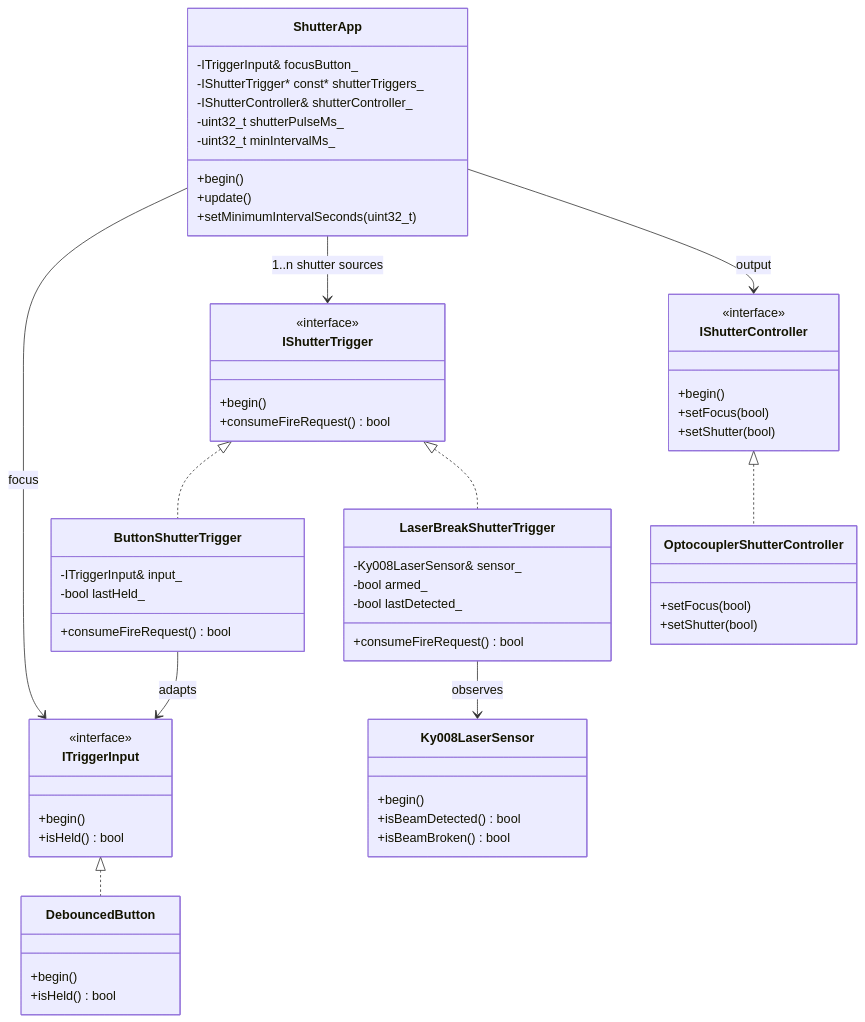
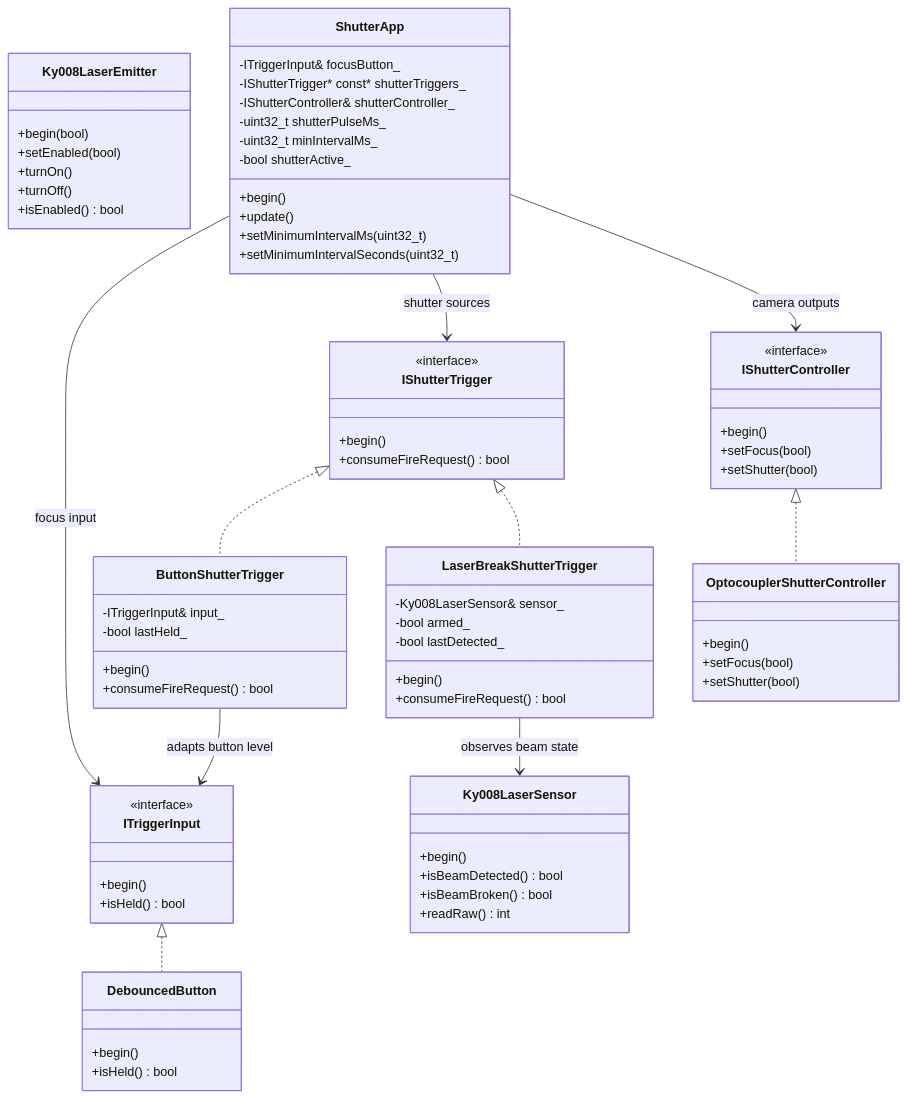
One commit to mvendert/ESP32Shutter changed the second of 2 diagrams in ESP32Shutter/Shutter.md. Above: the diagram before and after it, drawn with Mermaid. The commit also changed other lines of this file and 2 other files, not shown here.

````diff
--- a/ESP32Shutter/Shutter.md
+++ b/ESP32Shutter/Shutter.md
@@ -158,11 +578,21 @@
         +begin()
         +isBeamDetected() bool
         +isBeamBroken() bool
+        +readRaw() int
+    }
+
+    class Ky008LaserEmitter {
+        +begin(bool)
+        +setEnabled(bool)
+        +turnOn()
+        +turnOff()
+        +isEnabled() bool
     }
 
     class ButtonShutterTrigger {
         -ITriggerInput& input_
         -bool lastHeld_
+        +begin()
         +consumeFireRequest() bool
     }
 
@@ -170,10 +600,12 @@
         -Ky008LaserSensor& sensor_
         -bool armed_
         -bool lastDetected_
+        +begin()
         +consumeFireRequest() bool
     }
 
     class OptocouplerShutterController {
+        +begin()
         +setFocus(bool)
         +setShutter(bool)
     }
@@ -184,8 +616,10 @@
         -IShutterController& shutterController_
         -uint32_t shutterPulseMs_
         -uint32_t minIntervalMs_
+        -bool shutterActive_
         +begin()
         +update()
+        +setMinimumIntervalMs(uint32_t)
         +setMinimumIntervalSeconds(uint32_t)
     }
 
@@ -194,9 +628,9 @@
     IShutterTrigger <|.. LaserBreakShutterTrigger
     IShutterController <|.. OptocouplerShutterController
 
-    ButtonShutterTrigger --> ITriggerInput : adapts
-    LaserBreakShutterTrigger --> Ky008LaserSensor : observes
-    ShutterApp --> ITriggerInput : focus
-    ShutterApp --> IShutterTrigger : 1..n shutter sources
-    ShutterApp --> IShutterController : output
+    ButtonShutterTrigger --> ITriggerInput : adapts button level
+    LaserBreakShutterTrigger --> Ky008LaserSensor : observes beam state
+    ShutterApp --> ITriggerInput : focus input
+    ShutterApp --> IShutterTrigger : shutter sources
+    ShutterApp --> IShutterController : camera outputs
 ```
````
